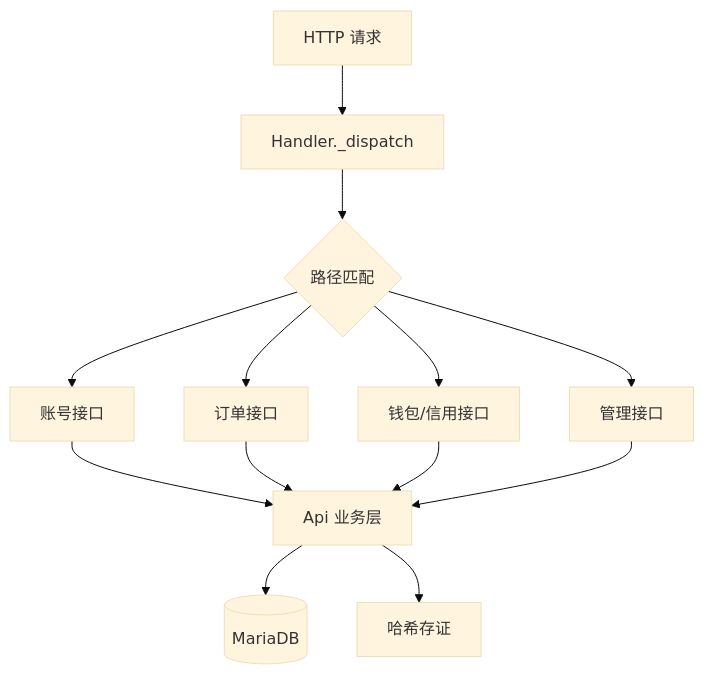
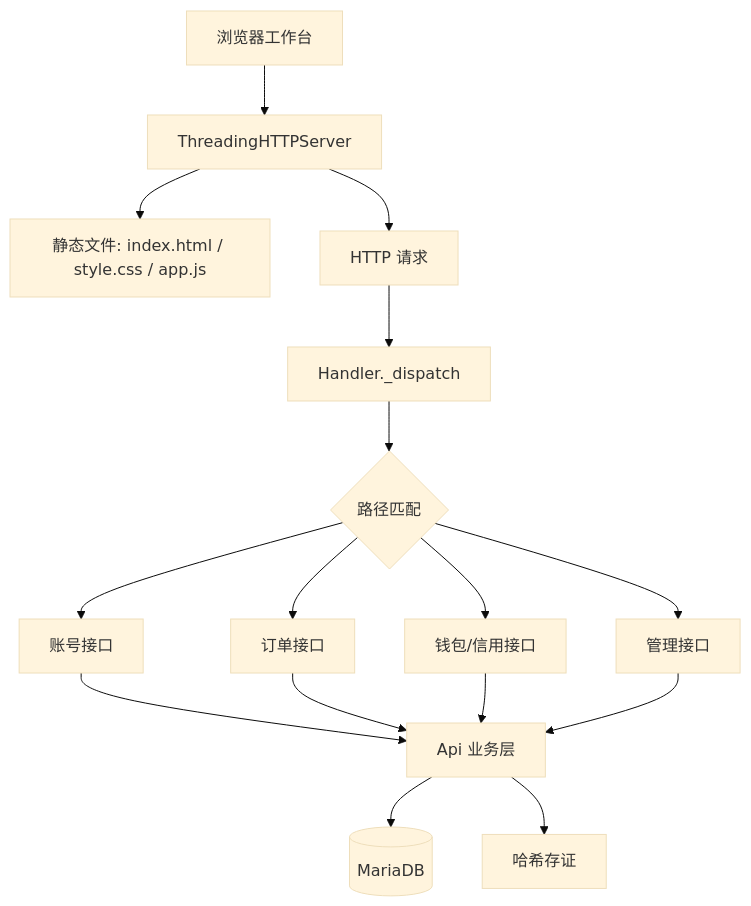
The first of 2 diagrams in docs/02-系统设计.md (zhongjiawei-dev/campus-express-service), drawn with Mermaid (base theme) before and after one commit. The commit also changed other lines of this file and 17 other files, not shown here.

````diff
--- a/docs/02-系统设计.md
+++ b/docs/02-系统设计.md
@@ -7,15 +7,18 @@
 ```mermaid
 flowchart TD
-    A[HTTP 请求] --> B[Handler._dispatch]
-    B --> C{路径匹配}
+    B[浏览器工作台] --> S[ThreadingHTTPServer]
+    S --> P[静态文件: index.html / style.css / app.js]
+    S --> A[HTTP 请求]
+    A --> B2[Handler._dispatch]
+    B2 --> C{路径匹配}
     C --> D[账号接口]
     C --> E[订单接口]
     C --> F[钱包/信用接口]
     C --> G[管理接口]
     D --> H[Api 业务层]
     E --> H
     F --> H
     G --> H
     H --> I[(MariaDB)]
     H --> J[哈希存证]
 ```
````
